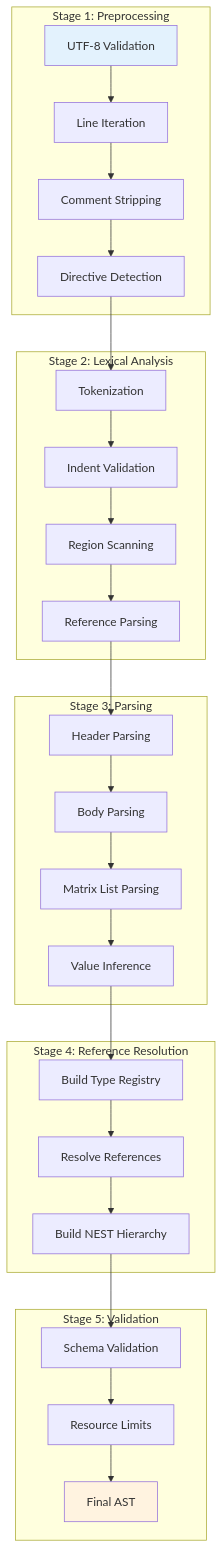
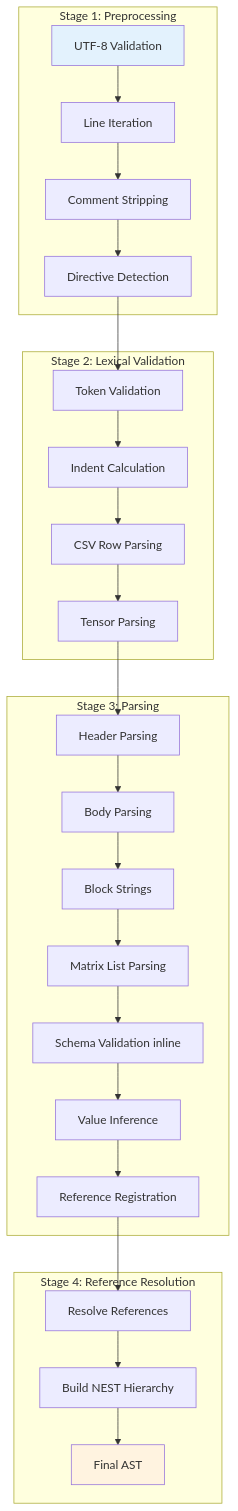
One commit to dweve-ai/hedl changed the diagram in docs/architecture/parsing-pipeline.md. Above: the diagram before and after it, drawn with Mermaid. The commit also changed other lines of this file and 735 other files, not shown here.

````diff
--- a/docs/architecture/parsing-pipeline.md
+++ b/docs/architecture/parsing-pipeline.md
@@ -9,44 +9,40 @@
 ```mermaid
 graph TB
     subgraph "Stage 1: Preprocessing"
         S1A[UTF-8 Validation]
         S1B[Line Iteration]
         S1C[Comment Stripping]
         S1D[Directive Detection]
     end
 
-    subgraph "Stage 2: Lexical Analysis"
-        S2A[Tokenization]
-        S2B[Indent Validation]
-        S2C[Region Scanning]
-        S2D[Reference Parsing]
+    subgraph "Stage 2: Lexical Validation"
+        S2A[Token Validation]
+        S2B[Indent Calculation]
+        S2C[CSV Row Parsing]
+        S2D[Tensor Parsing]
     end
 
     subgraph "Stage 3: Parsing"
         S3A[Header Parsing]
         S3B[Body Parsing]
-        S3C[Matrix List Parsing]
-        S3D[Value Inference]
+        S3C[Block Strings]
+        S3D[Matrix List Parsing]
+        S3E[Schema Validation inline]
+        S3F[Value Inference]
+        S3G[Reference Registration]
     end
 
     subgraph "Stage 4: Reference Resolution"
-        S4A[Build Type Registry]
-        S4B[Resolve References]
-        S4C[Build NEST Hierarchy]
-    end
-
-    subgraph "Stage 5: Validation"
-        S5A[Schema Validation]
-        S5B[Resource Limits]
-        S5C[Final AST]
+        S4A[Resolve References]
+        S4B[Build NEST Hierarchy]
+        S4C[Final AST]
     end
 
     S1A --> S1B --> S1C --> S1D
     S1D --> S2A --> S2B --> S2C --> S2D
-    S2D --> S3A --> S3B --> S3C --> S3D
-    S3D --> S4A --> S4B --> S4C
-    S4C --> S5A --> S5B --> S5C
+    S2D --> S3A --> S3B --> S3C --> S3D --> S3E --> S3F --> S3G
+    S3G --> S4A --> S4B --> S4C
 
     style S1A fill:#e3f2fd
-    style S5C fill:#fff3e0
+    style S4C fill:#fff3e0
 ```
````
